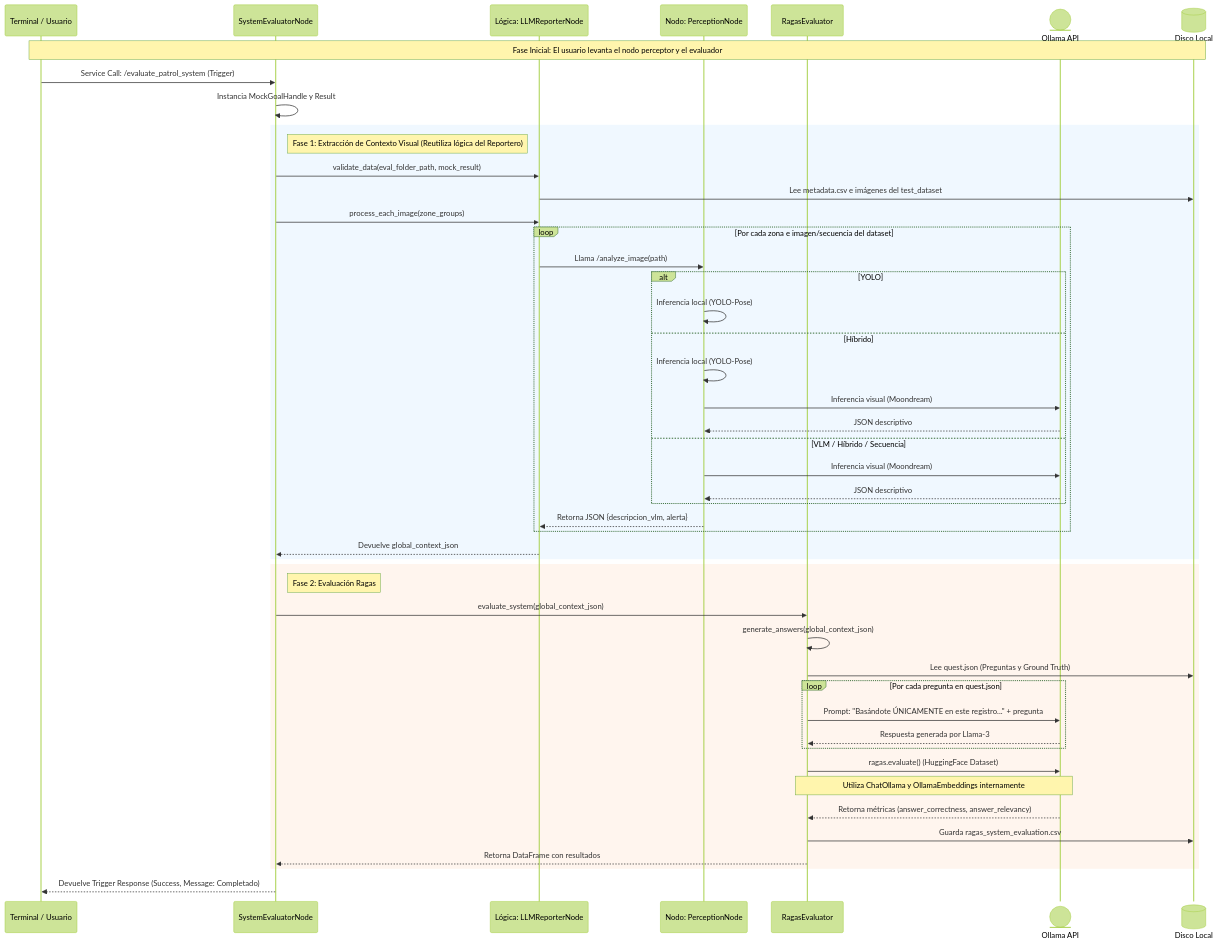
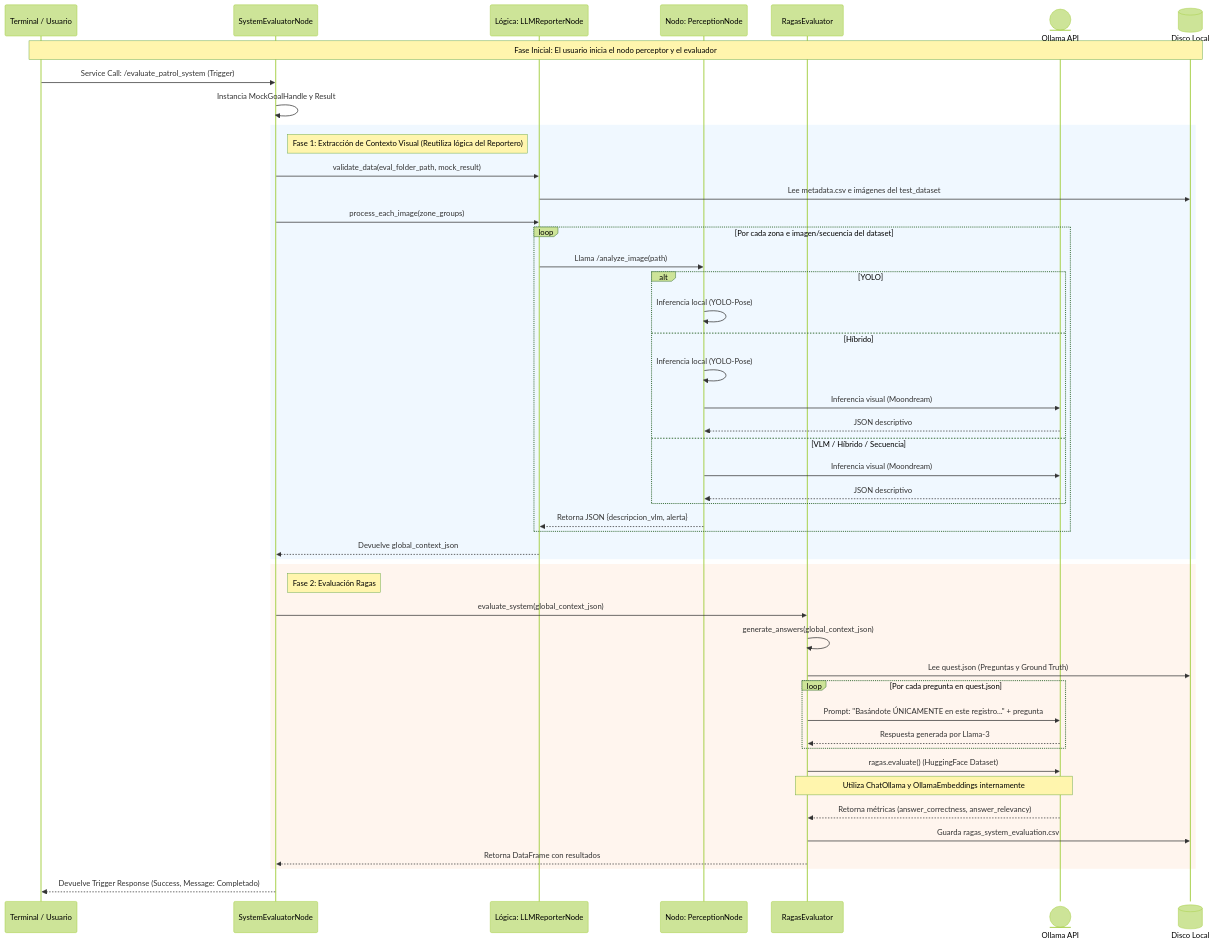
Before and after one commit to albertoPerez25/Reconocimiento-y-sintesis-visual-Tiago: the diagram in diagrams/conMetas/FlujoEvaluador.mmd, drawn with Mermaid (forest theme). The commit also changed 14 other files, not shown here.

```diff
--- a/diagrams/conMetas/FlujoEvaluador.mmd
+++ b/diagrams/conMetas/FlujoEvaluador.mmd
@@ -1,63 +1,63 @@
 ---
 config:
   look: classic
 ---
 sequenceDiagram
     participant Terminal as Terminal / Usuario
     participant E as SystemEvaluatorNode
     participant R as Lógica: LLMReporterNode
     participant V as Nodo: PerceptionNode
     participant Ragas as RagasEvaluator
     participant O@{ "type": "entity" } as Ollama API
     participant Disco@{ "type": "database" } as Disco Local
 
-    Note over Terminal, Disco: Fase Inicial: El usuario levanta el nodo perceptor y el evaluador
+    Note over Terminal, Disco: Fase Inicial: El usuario inicia el nodo perceptor y el evaluador
     
     Terminal->>E: Service Call: /evaluate_patrol_system (Trigger)
     
     E->>E: Instancia MockGoalHandle y Result
     
     rect rgb(240, 248, 255)
         Note right of E: Fase 1: Extracción de Contexto Visual (Reutiliza lógica del Reportero)
         E->>R: validate_data(eval_folder_path, mock_result)
         R->>Disco: Lee metadata.csv e imágenes del test_dataset
         
         E->>R: process_each_image(zone_groups)
         loop Por cada zona e imagen/secuencia del dataset
             R->>V: Llama /analyze_image(path)
             alt YOLO
                 V->>V: Inferencia local (YOLO-Pose)
             else Híbrido
                 V->>V: Inferencia local (YOLO-Pose)
                 V->>O: Inferencia visual (Moondream)
                 O-->>V: JSON descriptivo
             else VLM / Híbrido / Secuencia
                 V->>O: Inferencia visual (Moondream)
                 O-->>V: JSON descriptivo
             end
             V-->>R: Retorna JSON {descripcion_vlm, alerta}
         end
         R-->>E: Devuelve global_context_json
     end
     
     rect rgb(255, 245, 238)
         Note right of E: Fase 2: Evaluación Ragas
         E->>Ragas: evaluate_system(global_context_json)
         
         Ragas->>Ragas: generate_answers(global_context_json)
         Ragas->>Disco: Lee quest.json (Preguntas y Ground Truth)
         
         loop Por cada pregunta en quest.json
             Ragas->>O: Prompt: "Basándote ÚNICAMENTE en este registro..." + pregunta
             O-->>Ragas: Respuesta generada por Llama-3
         end
         
         Ragas->>O: ragas.evaluate() (HuggingFace Dataset)
         Note over Ragas, O: Utiliza ChatOllama y OllamaEmbeddings internamente
         O-->>Ragas: Retorna métricas (answer_correctness, answer_relevancy)
         
         Ragas->>Disco: Guarda ragas_system_evaluation.csv
         Ragas-->>E: Retorna DataFrame con resultados
     end
     
     E-->>Terminal: Devuelve Trigger Response (Success, Message: Completado)
```
